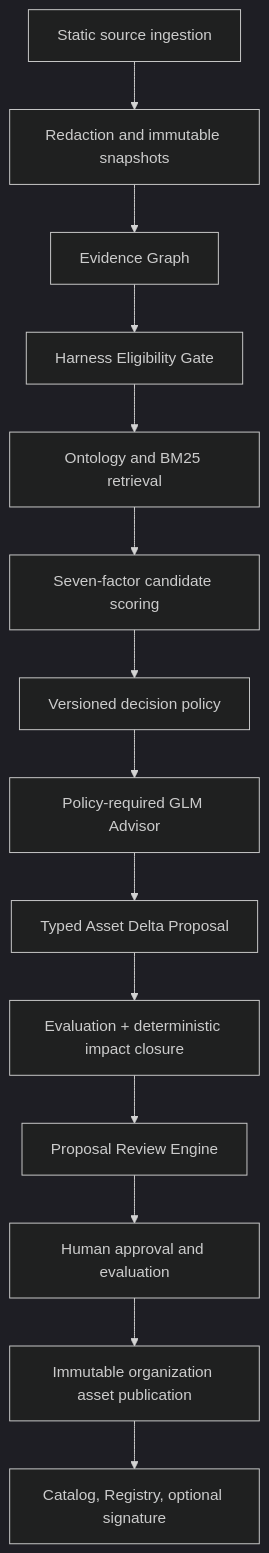
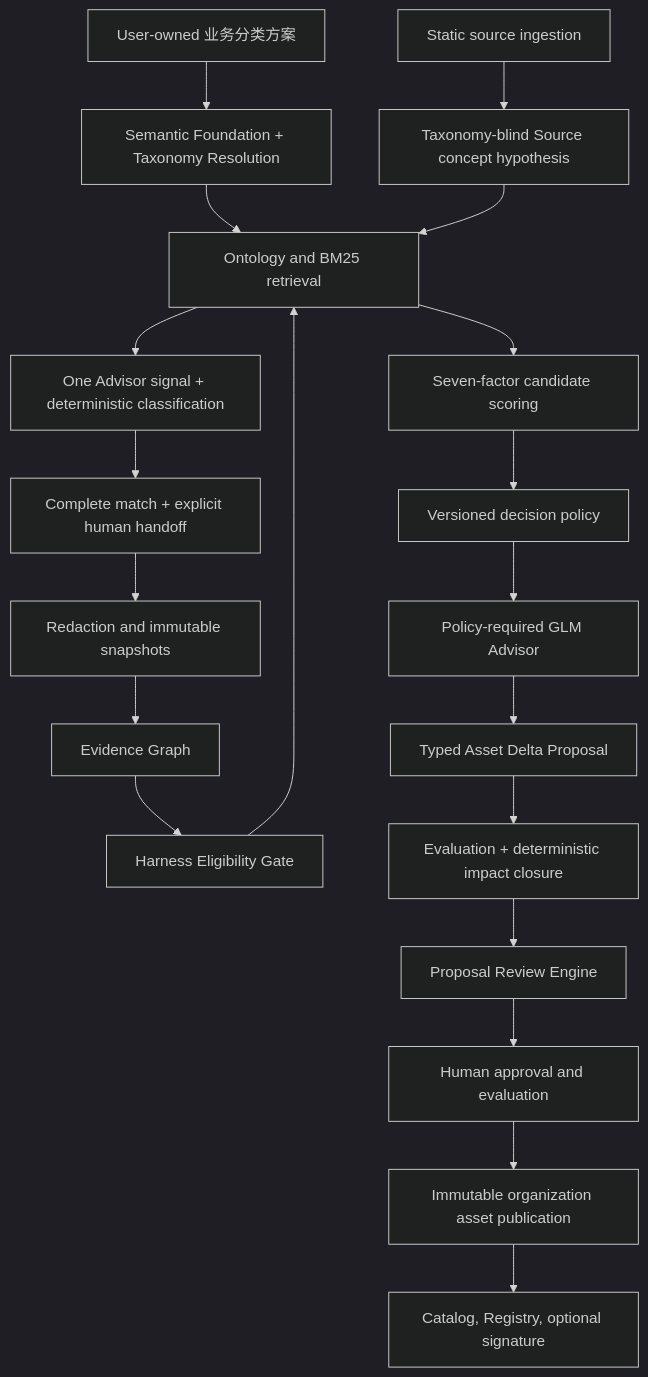
The second of 2 diagrams in docs/architecture/overview.md (yeliang-wang/evopilot-harness), drawn with Mermaid (dark theme) before and after one commit. The commit also changed other lines of this file and 137 other files, not shown here.

````diff
--- a/docs/architecture/overview.md
+++ b/docs/architecture/overview.md
@@ -23,16 +23,22 @@
 ```mermaid
 flowchart TD
-  Ingest["Static source ingestion"] --> Snapshot["Redaction and immutable snapshots"]
+  Scheme["User-owned 业务分类方案"] --> Resolve["Semantic Foundation + Taxonomy Resolution"]
+  Ingest["Static source ingestion"] --> Hypothesis["Taxonomy-blind Source concept hypothesis"]
+  Resolve --> Retrieval["Exact + BM25 + embedding + structured retrieval"]
+  Hypothesis --> Retrieval
+  Retrieval --> Classify["One Advisor signal + deterministic classification"]
+  Classify --> Handoff["Complete match + explicit human handoff"]
+  Handoff --> Snapshot["Redaction and immutable snapshots"]
   Snapshot --> Graph["Evidence Graph"]
   Graph --> Eligibility["Harness Eligibility Gate"]
   Eligibility --> Retrieval["Ontology and BM25 retrieval"]
   Retrieval --> Scoring["Seven-factor candidate scoring"]
   Scoring --> Decision["Versioned decision policy"]
   Decision --> Advisor["Policy-required GLM Advisor"]
   Advisor --> Proposal["Typed Asset Delta Proposal"]
   Proposal --> Impact["Evaluation + deterministic impact closure"]
   Impact --> Review["Proposal Review Engine"]
   Review --> Human["Human approval and evaluation"]
   Human --> Publish["Immutable organization asset publication"]
   Publish --> Catalog["Catalog, Registry, optional signature"]
 ```
````
